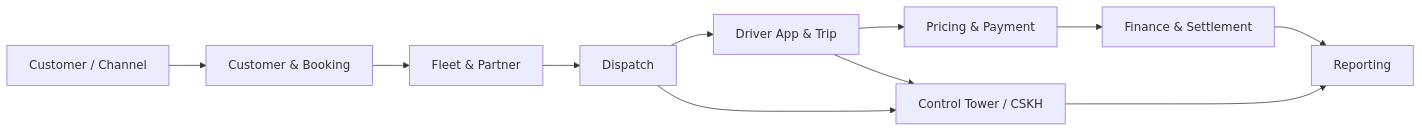
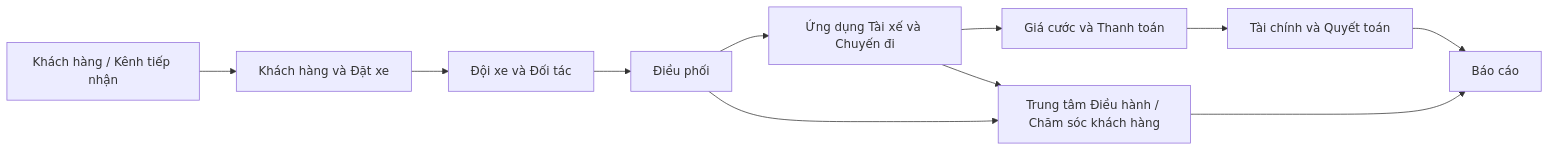
The diagram in README.md (daoaigiangnam/Taxi-Management-System), drawn with Mermaid before and after one commit. The commit also changed other lines of this file, not shown here.

Commit message:
docs: link current-state assessment and localize system flow

````diff
--- a/README.md
+++ b/README.md
@@ -41,13 +42,13 @@
 ```mermaid
 flowchart LR
- A["Customer / Channel"] --> B["Customer & Booking"]
- B --> C["Fleet & Partner"]
- C --> D["Dispatch"]
- D --> E["Driver App & Trip"]
- E --> F["Pricing & Payment"]
- F --> G["Finance & Settlement"]
- D --> H["Control Tower / CSKH"]
+ A["Khách hàng / Kênh tiếp nhận"] --> B["Khách hàng và Đặt xe"]
+ B --> C["Đội xe và Đối tác"]
+ C --> D["Điều phối"]
+ D --> E["Ứng dụng Tài xế và Chuyến đi"]
+ E --> F["Giá cước và Thanh toán"]
+ F --> G["Tài chính và Quyết toán"]
+ D --> H["Trung tâm Điều hành / Chăm sóc khách hàng"]
  E --> H
- G --> I["Reporting"]
+ G --> I["Báo cáo"]
  H --> I
 ```
````
